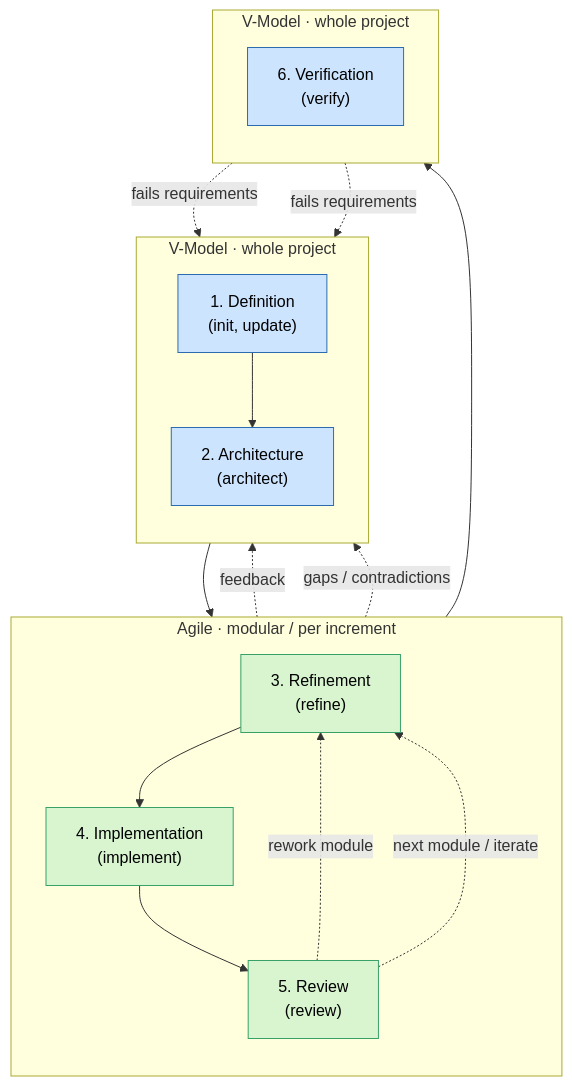
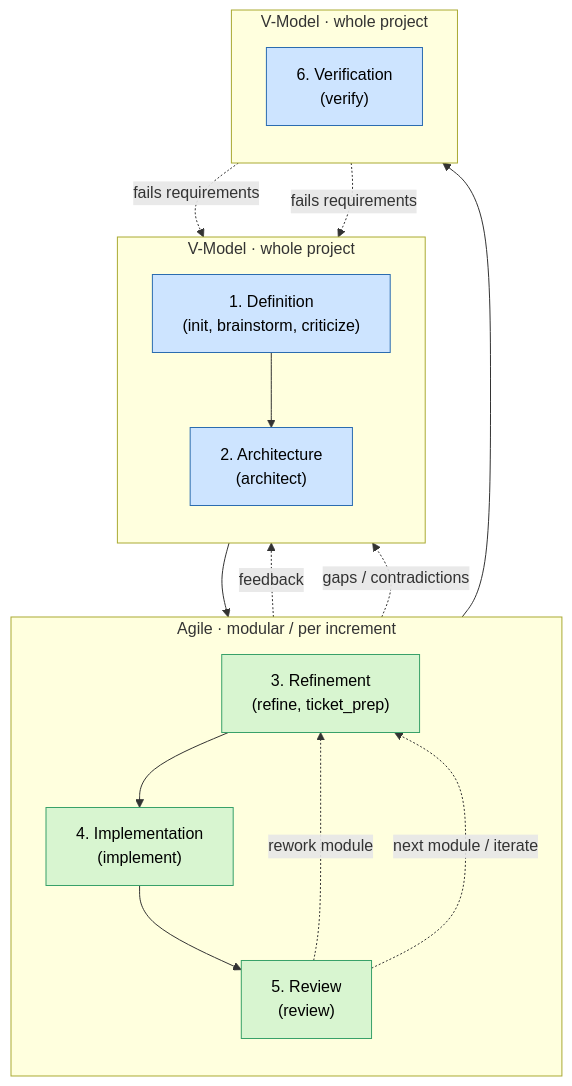
Before and after one commit to MaximilianMayr94/skills: the diagram in .github/copilot-instructions.md, drawn with Mermaid. The commit also changed other lines of this file and 29 other files, not shown here.

````diff
--- a/.github/copilot-instructions.md
+++ b/.github/copilot-instructions.md
@@ -45,34 +24,34 @@
 ```mermaid
 flowchart TB
     subgraph VM_TOP["V-Model · whole project"]
         direction TB
-        D["1. Definition<br/>(init, update)"]
+        D["1. Definition<br/>(init, brainstorm, criticize)"]
         A["2. Architecture<br/>(architect)"]
     end
 
     subgraph AGILE["Agile · modular / per increment"]
         direction TB
-        R["3. Refinement<br/>(refine)"]
+        R["3. Refinement<br/>(refine, ticket_prep)"]
         I["4. Implementation<br/>(implement)"]
         V["5. Review<br/>(review)"]
     end
 
     subgraph VM_BOT["V-Model · whole project"]
         direction TB
         VER["6. Verification<br/>(verify)"]
     end
 
     D --> A --> R --> I --> V --> VER
     V -. "rework module" .-> R
     V -. "feedback" .-> A
     VER -. "fails requirements" .-> A
     VER -. "fails requirements" .-> D
     R -. "gaps / contradictions" .-> A
 
     V -. "next module / iterate" .-> R
 
     classDef vmodel fill:#cde4ff,stroke:#2b6cb0,color:#000;
     classDef agile fill:#d8f5d0,stroke:#38a169,color:#000;
     class D,A,VER vmodel;
     class R,I,V agile;
 ```
````
